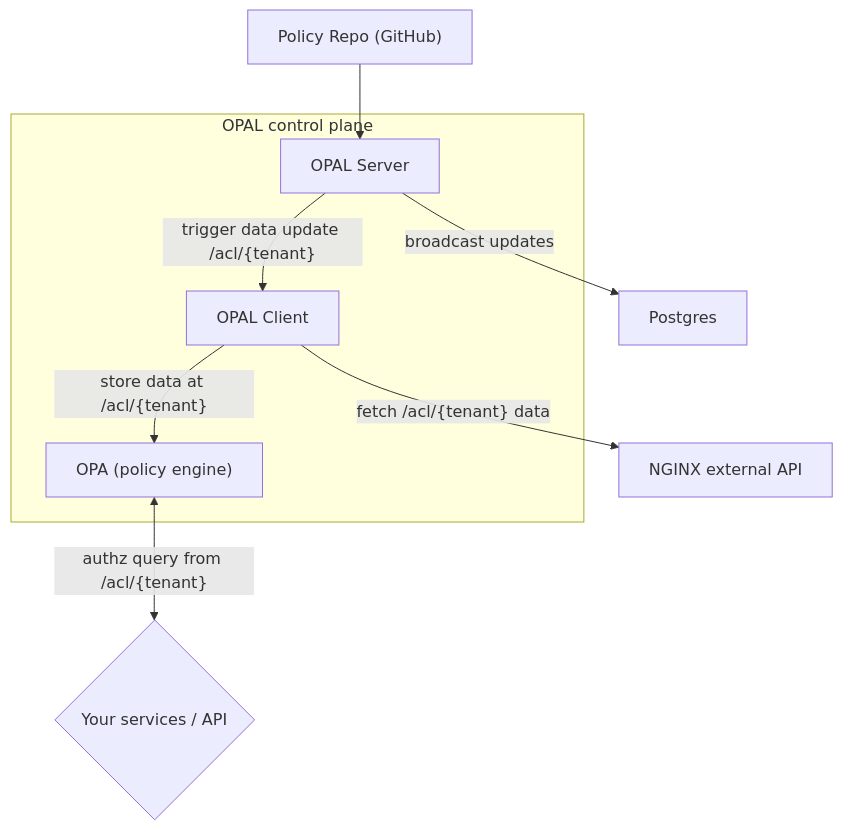
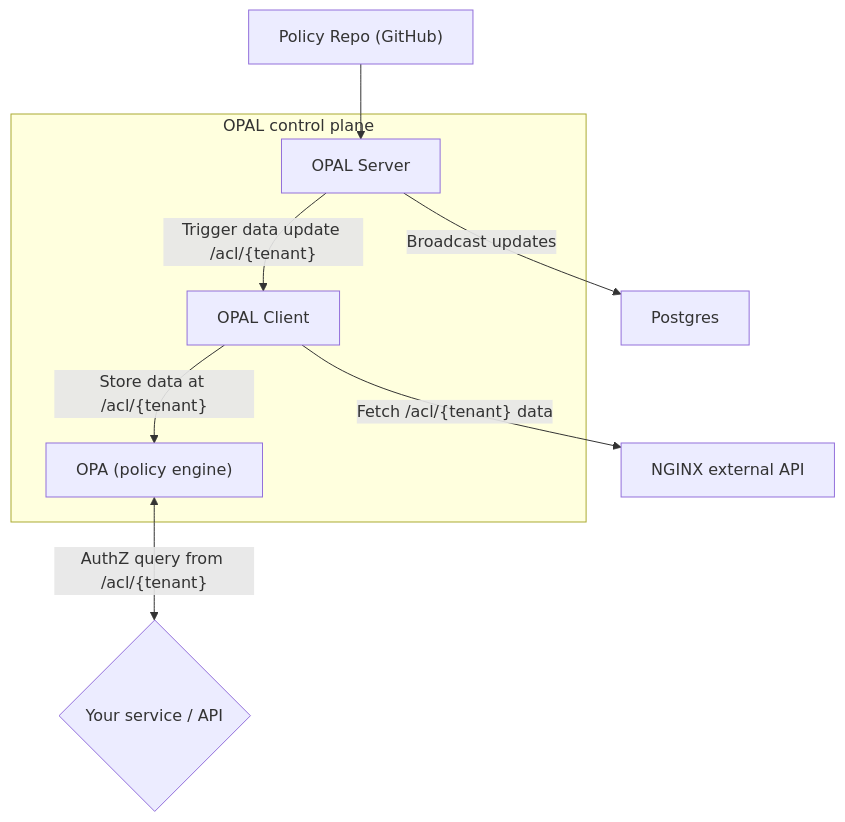
One commit to permitio/opal changed the third of 3 diagrams in documentation/docs/tutorials/single-topic-multi-tenant.mdx. Above: the diagram before and after it, drawn with Mermaid. The commit also changed other lines of this file, not shown here.

First line of the commit message:
Enhance single-topic multi-tenant documentation

````diff
--- a/documentation/docs/tutorials/single-topic-multi-tenant.mdx
+++ b/documentation/docs/tutorials/single-topic-multi-tenant.mdx
@@ -111,14 +120,14 @@
 ```mermaid
 flowchart TD
 subgraph OPAL["OPAL control plane"]
 server["OPAL Server"]
 client["OPAL Client"]
 opa["OPA (policy engine)"]
 end
 GitHub["Policy Repo (GitHub)"] --> server
-server -- broadcast updates --> broadcast["Postgres"]
-server -- trigger data update /acl/{tenant} --> client
-client -- fetch /acl/{tenant} data --> provider["NGINX external API"]
-client -- store data at /acl/{tenant} --> opa
-opa <-- authz query from /acl/{tenant} --> App{"Your services / API"}
+server -- Broadcast updates --> broadcast["Postgres"]
+server -- Trigger data update /acl/{tenant} --> client
+client -- Fetch /acl/{tenant} data --> provider["NGINX external API"]
+client -- Store data at /acl/{tenant} --> opa
+opa <-- AuthZ query from /acl/{tenant} --> App{"Your service / API"}
 ```
````
